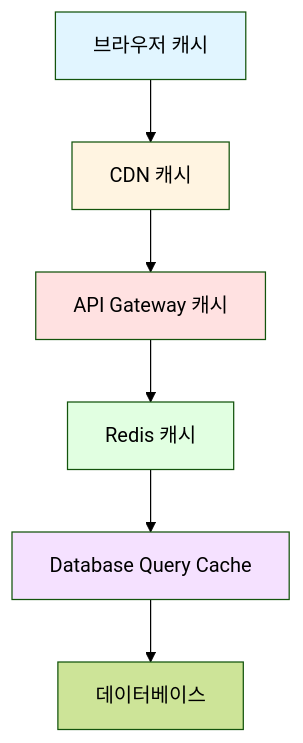
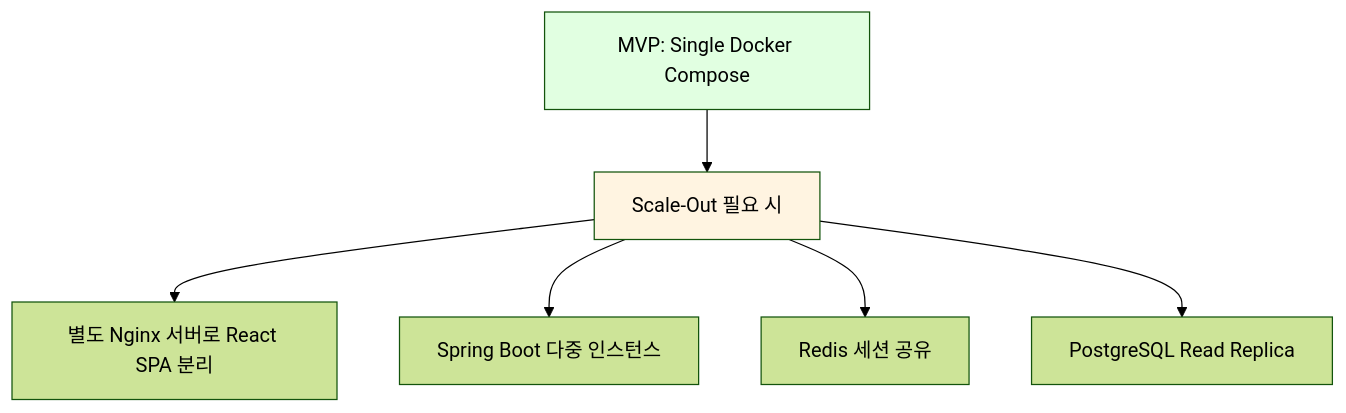
The ninth of 12 diagrams in docs/hld/architecture.md (kost0806/ci-hub), drawn with Mermaid (forest theme) before and after one commit. The commit also changed other lines of this file and 6 other files, not shown here.

````diff
--- a/docs/hld/architecture.md
+++ b/docs/hld/architecture.md
@@ -362,14 +370,11 @@
 ```mermaid
 graph TD
-    A[브라우저 캐시] --> B[CDN 캐시]
-    B --> C[API Gateway 캐시]
-    C --> D[Redis 캐시]
-    D --> E[Database Query Cache]
-    E --> F[데이터베이스]
+    A[MVP: Single Docker Compose] --> B[Scale-Out 필요 시]
+    B --> C[별도 Nginx 서버로 React SPA 분리]
+    B --> D[Spring Boot 다중 인스턴스]
+    B --> E[Redis 세션 공유]
+    B --> F[PostgreSQL Read Replica]
 
-    style A fill:#e1f5ff
+    style A fill:#e1ffe1
     style B fill:#fff4e1
-    style C fill:#ffe1e1
-    style D fill:#e1ffe1
-    style E fill:#f5e1ff
 ```
````
